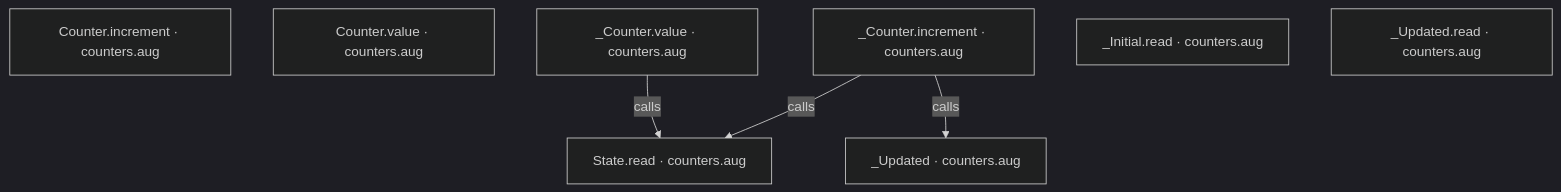
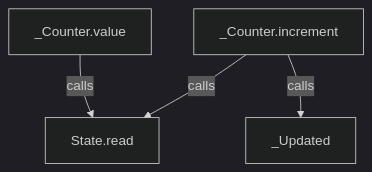
Before and after one commit to GreenPandaStudios/augscript: the second of 4 diagrams in docs/examples/approved-design/counters-diagrams.md, drawn with Mermaid (dark theme). The commit also changed other lines of this file and 524 other files, not shown here.

Commit message:
Explain checked data flow at folder and service levels

````diff
--- a/docs/examples/approved-design/counters-diagrams.md
+++ b/docs/examples/approved-design/counters-diagrams.md
@@ -36,14 +36,10 @@
 ```mermaid
 flowchart TD
-    n0["Counter.increment · counters.aug"]
-    n1["Counter.value · counters.aug"]
-    n2["State.read · counters.aug"]
-    n3["_Counter.increment · counters.aug"]
-    n4["_Counter.value · counters.aug"]
-    n5["_Initial.read · counters.aug"]
-    n6["_Updated · counters.aug"]
-    n7["_Updated.read · counters.aug"]
-    n3 -->|"calls"| n2
-    n3 -->|"calls"| n6
-    n4 -->|"calls"| n2
+    n0["State.read"]
+    n1["_Counter.increment"]
+    n2["_Counter.value"]
+    n3["_Updated"]
+    n1 -->|"calls"| n0
+    n1 -->|"calls"| n3
+    n2 -->|"calls"| n0
 ```
````
